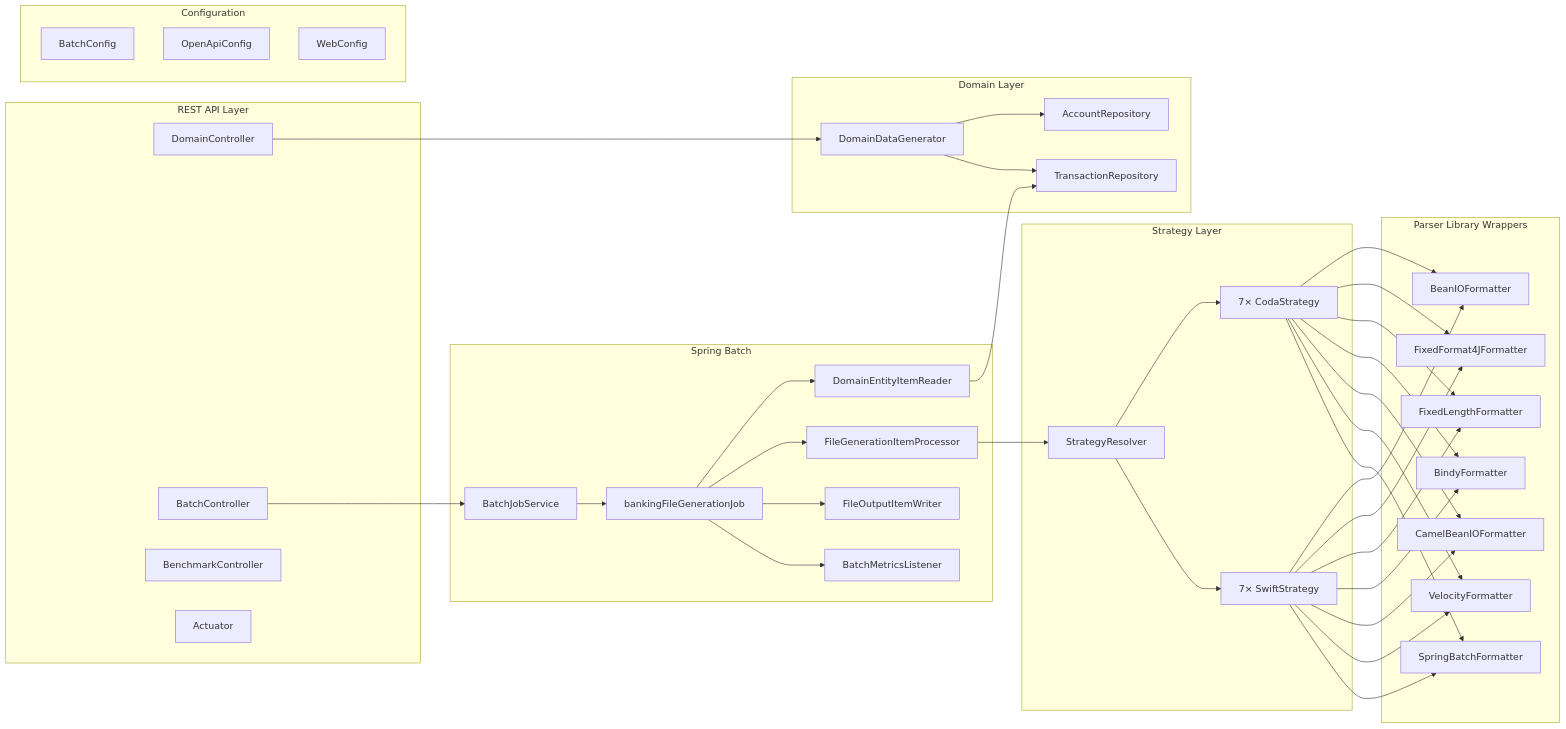
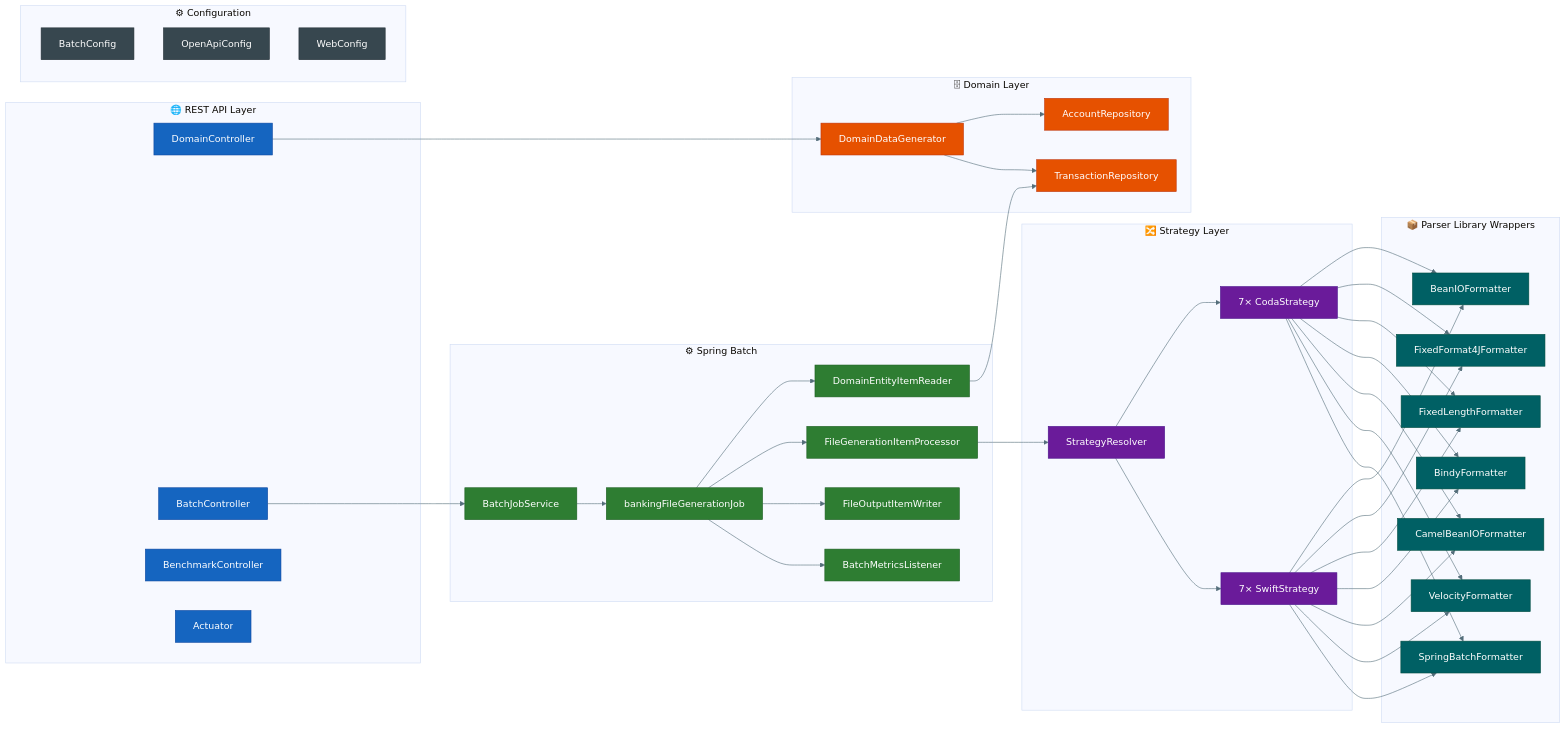
One commit to wallaceespindola/fixed-length-converters changed the diagram in docs/diagrams/component-diagram.mmd. Above: the diagram before and after it, drawn with Mermaid. The commit also changed 6 other files, not shown here.

Commit message:
docs(diagrams): add color theming to all Mermaid diagrams

```diff
--- a/docs/diagrams/component-diagram.mmd
+++ b/docs/diagrams/component-diagram.mmd
@@ -1,67 +1,75 @@
+%%{init: {'theme': 'base', 'themeVariables': {'lineColor': '#546e7a', 'edgeLabelBackground': '#eceff1'}}}%%
 graph LR
-    subgraph API["REST API Layer"]
+    classDef apiStyle      fill:#1565c0,stroke:#0d47a1,color:#fff
+    classDef batchStyle    fill:#2e7d32,stroke:#1b5e20,color:#fff
+    classDef strategyStyle fill:#6a1b9a,stroke:#4a148c,color:#fff
+    classDef parserStyle   fill:#006064,stroke:#004d40,color:#fff
+    classDef domainStyle   fill:#e65100,stroke:#bf360c,color:#fff
+    classDef configStyle   fill:#37474f,stroke:#263238,color:#fff
+
+    subgraph API["🌐  REST API Layer"]
         DC[DomainController]
         BC[BatchController]
         BNC[BenchmarkController]
         ACT[Actuator]
     end
-    subgraph Batch["Spring Batch"]
+
+    subgraph Batch["⚙  Spring Batch"]
         JS[BatchJobService]
         JOB[bankingFileGenerationJob]
         IR[DomainEntityItemReader]
         IP[FileGenerationItemProcessor]
         IW[FileOutputItemWriter]
         BML[BatchMetricsListener]
     end
-    subgraph Strategy["Strategy Layer"]
+
+    subgraph Strategy["🔀  Strategy Layer"]
         SR[StrategyResolver]
         CS["7× CodaStrategy"]
         SS["7× SwiftStrategy"]
     end
-    subgraph Parser["Parser Library Wrappers"]
+
+    subgraph Parser["📦  Parser Library Wrappers"]
         BIO[BeanIOFormatter]
         FF4J[FixedFormat4JFormatter]
         VL[FixedLengthFormatter]
         BINDY[BindyFormatter]
         CBIO[CamelBeanIOFormatter]
         VEL[VelocityFormatter]
         SBF[SpringBatchFormatter]
     end
-    subgraph Domain["Domain Layer"]
+
+    subgraph Domain["🗄  Domain Layer"]
         DDG[DomainDataGenerator]
         AR[AccountRepository]
         TR[TransactionRepository]
     end
-    subgraph Config["Configuration"]
+
+    subgraph Config["⚙  Configuration"]
         BCFG[BatchConfig]
         OAC[OpenApiConfig]
         WC[WebConfig]
     end
 
-    DC --> DDG
-    BC --> JS
-    JS --> JOB
+    DC  --> DDG
+    BC  --> JS
+    JS  --> JOB
     JOB --> IR
     JOB --> IP
     JOB --> IW
     JOB --> BML
-    IP --> SR
-    SR --> CS
-    SR --> SS
-    CS --> BIO
-    CS --> FF4J
-    CS --> VL
-    CS --> BINDY
-    CS --> CBIO
-    CS --> VEL
-    CS --> SBF
-    SS --> BIO
-    SS --> FF4J
-    SS --> VL
-    SS --> BINDY
-    SS --> CBIO
-    SS --> VEL
-    SS --> SBF
-    IR --> TR
+    IP  --> SR
+    SR  --> CS
+    SR  --> SS
+    CS  --> BIO & FF4J & VL & BINDY & CBIO & VEL & SBF
+    SS  --> BIO & FF4J & VL & BINDY & CBIO & VEL & SBF
+    IR  --> TR
     DDG --> AR
     DDG --> TR
+
+    class DC,BC,BNC,ACT apiStyle
+    class JS,JOB,IR,IP,IW,BML batchStyle
+    class SR,CS,SS strategyStyle
+    class BIO,FF4J,VL,BINDY,CBIO,VEL,SBF parserStyle
+    class DDG,AR,TR domainStyle
+    class BCFG,OAC,WC configStyle
```
